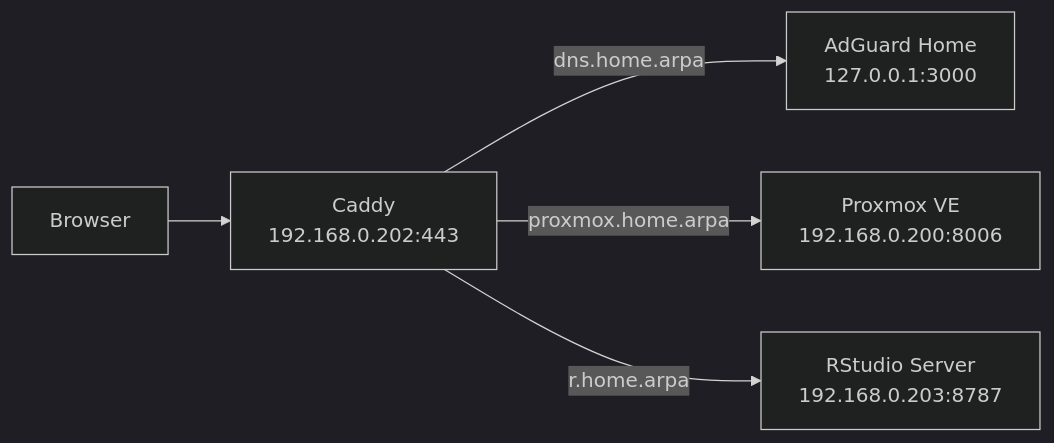
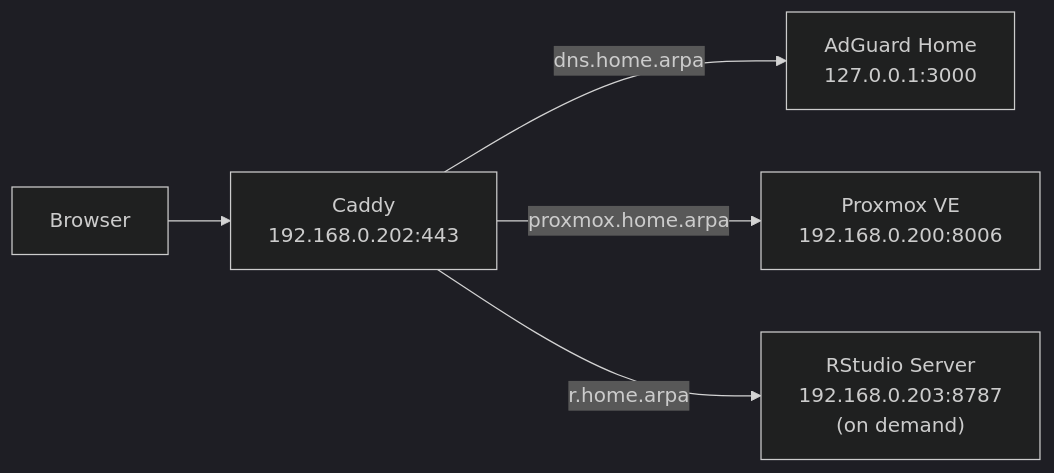
Before and after one commit to YONGHUNI/nix-config: the second of 2 diagrams in docs/dns-container.md, drawn with Mermaid (dark theme). The commit also changed other lines of this file, not shown here.

Commit message:
Clarify DNS and WireGuard access flow

````diff
--- a/docs/dns-container.md
+++ b/docs/dns-container.md
@@ -134,8 +148,8 @@
 ```mermaid
 flowchart LR
     Browser["Browser"] --> Caddy["Caddy<br/>192.168.0.202:443"]
 
     Caddy -->|"dns.home.arpa"| DNSUI["AdGuard Home<br/>127.0.0.1:3000"]
     Caddy -->|"proxmox.home.arpa"| PVEUI["Proxmox VE<br/>192.168.0.200:8006"]
-    Caddy -->|"r.home.arpa"| RUI["RStudio Server<br/>192.168.0.203:8787"]
+    Caddy -->|"r.home.arpa"| RUI["RStudio Server<br/>192.168.0.203:8787<br/>(on demand)"]
 ```
````
